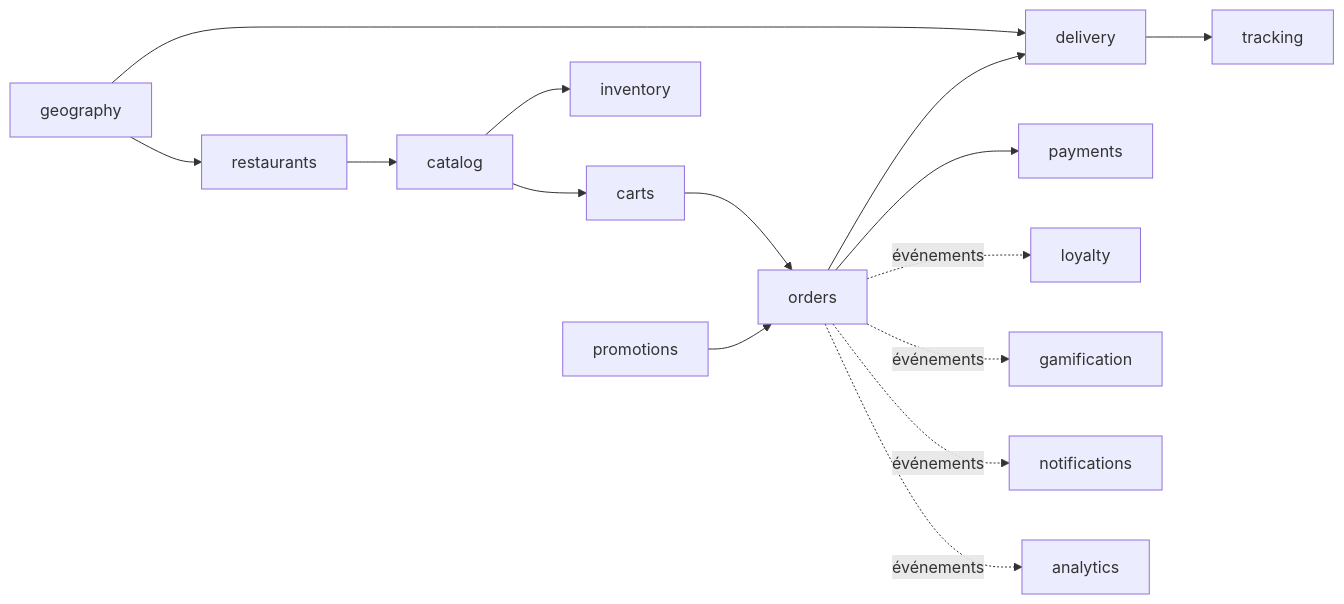
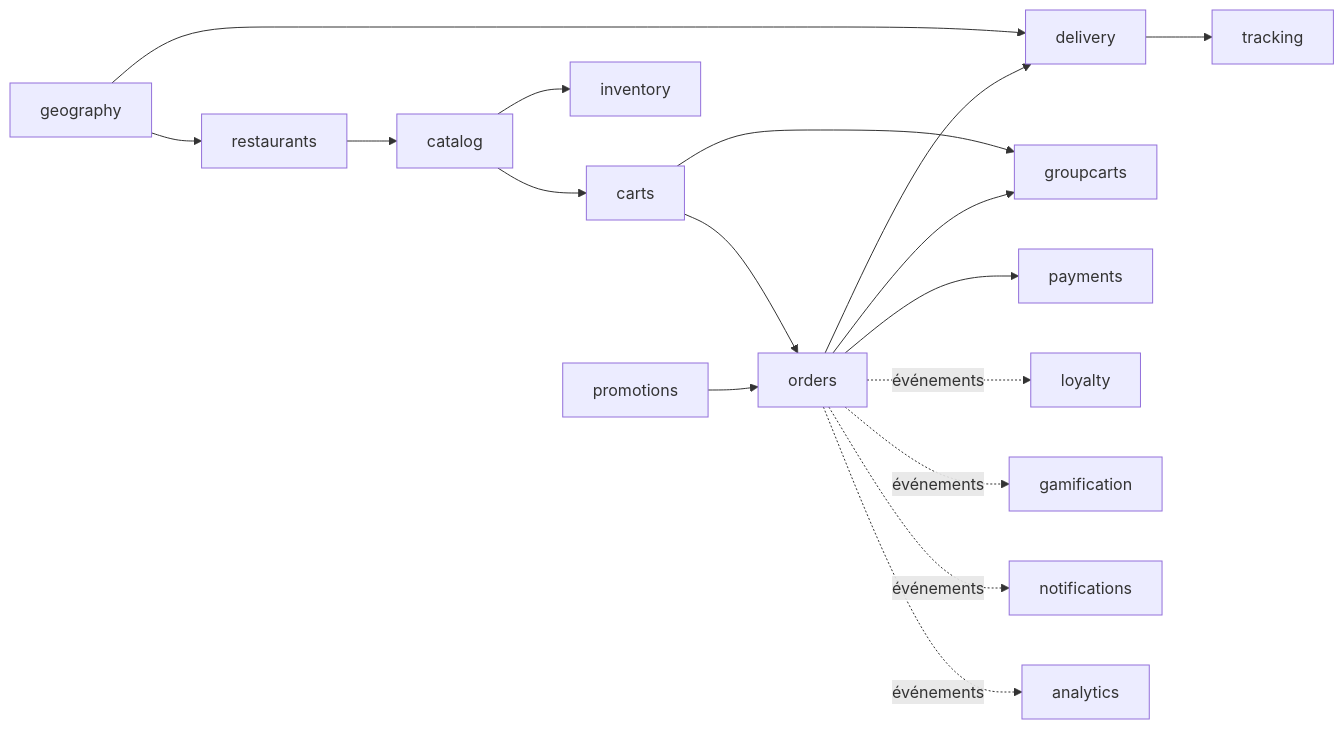
One commit to Hugobossdev/elcorazon changed the fifth of 5 diagrams in projet/el-corazon/docs/architecture/02-architecture-generale.md. Above: the diagram before and after it, drawn with Mermaid. The commit also changed other lines of this file and 76 other files, not shown here.

````diff
--- a/projet/el-corazon/docs/architecture/02-architecture-generale.md
+++ b/projet/el-corazon/docs/architecture/02-architecture-generale.md
@@ -286,17 +287,19 @@
 ```mermaid
 graph LR
     geography --> restaurants
     geography --> delivery
     restaurants --> catalog
     catalog --> carts
     catalog --> inventory
     carts --> orders
+    carts --> groupcarts
     promotions --> orders
+    orders --> groupcarts
     orders --> payments
     orders --> delivery
     delivery --> tracking
     orders -. événements .-> loyalty
     orders -. événements .-> gamification
     orders -. événements .-> notifications
     orders -. événements .-> analytics
 ```
````
